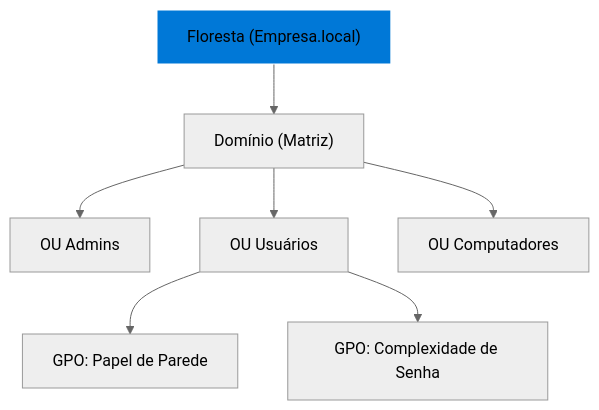
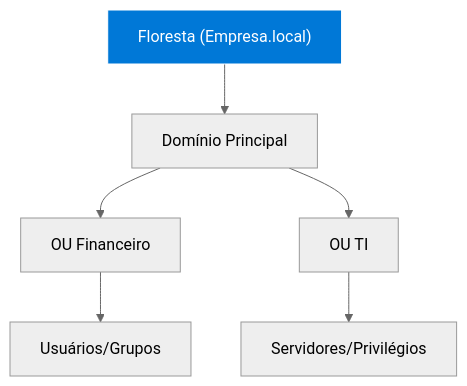
One commit to Mushyc/WIKI_MATHEUS_TI changed the diagram in guias/Curso_Windows_Server_AD.md. Above: the diagram before and after it, drawn with Mermaid (neutral theme). The commit also changed other lines of this file and 18 other files, not shown here.

````diff
--- a/guias/Curso_Windows_Server_AD.md
+++ b/guias/Curso_Windows_Server_AD.md
@@ -13,12 +19,10 @@
 ```mermaid
 graph TD
-    Forest["Floresta (Empresa.local)"] --> Domain["Domínio (Matriz)"]
-    Domain --> OU_Admin["OU Admins"]
-    Domain --> OU_Users["OU Usuários"]
-    Domain --> OU_Computers["OU Computadores"]
+    Forest["Floresta (Empresa.local)"] --> Domain["Domínio Principal"]
+    Domain --> OU_Financeiro["OU Financeiro"]
+    Domain --> OU_TI["OU TI"]
+    OU_Financeiro --> Users["Usuários/Grupos"]
+    OU_TI --> Servers["Servidores/Privilégios"]
     
-    OU_Users --> GPO_Wallpaper["GPO: Papel de Parede"]
-    OU_Users --> GPO_Security["GPO: Complexidade de Senha"]
-    
-    style Forest fill:#0078d7,stroke:#fff
+    style Forest fill:#0078d7,stroke:#fff,color:#fff
 ```
````
